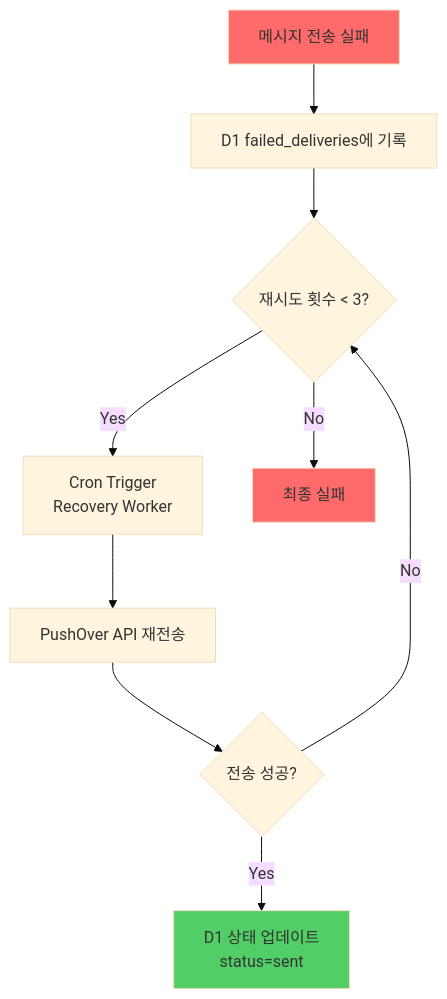
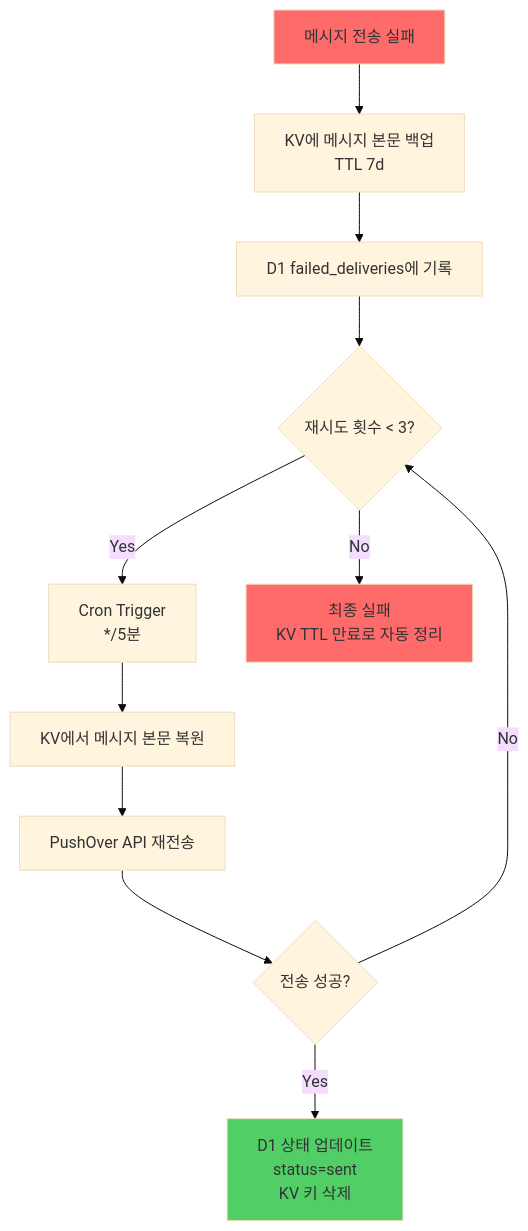
Before and after one commit to deuxksy/PushOver: the third of 5 diagrams in README.md, drawn with Mermaid (base theme). The commit also changed other lines of this file and 1 other file, not shown here.

````diff
--- a/README.md
+++ b/README.md
@@ -81,18 +112,20 @@
 ```mermaid
 flowchart TD
-    A[메시지 전송 실패] --> B[D1 failed_deliveries에 기록]
-    B --> C{재시도 횟수 < 3?}
+    A[메시지 전송 실패] --> B[KV에 메시지 본문 백업<br/>TTL 7d]
+    B --> C[D1 failed_deliveries에 기록]
+    C --> D{재시도 횟수 < 3?}
 
-    C -->|Yes| D[Cron Trigger<br/>Recovery Worker]
-    D --> E[PushOver API 재전송]
+    D -->|Yes| E[Cron Trigger<br/>*/5분]
+    E --> F[KV에서 메시지 본문 복원]
+    F --> G[PushOver API 재전송]
 
-    C -->|No| F[최종 실패]
+    D -->|No| H[최종 실패<br/>KV TTL 만료로 자동 정리]
 
-    E --> G{전송 성공?}
-    G -->|Yes| H[D1 상태 업데이트<br/>status=sent]
-    G -->|No| C
+    G --> I{전송 성공?}
+    I -->|Yes| J[D1 상태 업데이트<br/>status=sent<br/>KV 키 삭제]
+    I -->|No| D
 
     style A fill:#ff6b6b
-    style H fill:#51cf66
-    style F fill:#ff6b6b
+    style J fill:#51cf66
+    style H fill:#ff6b6b
 ```
````
